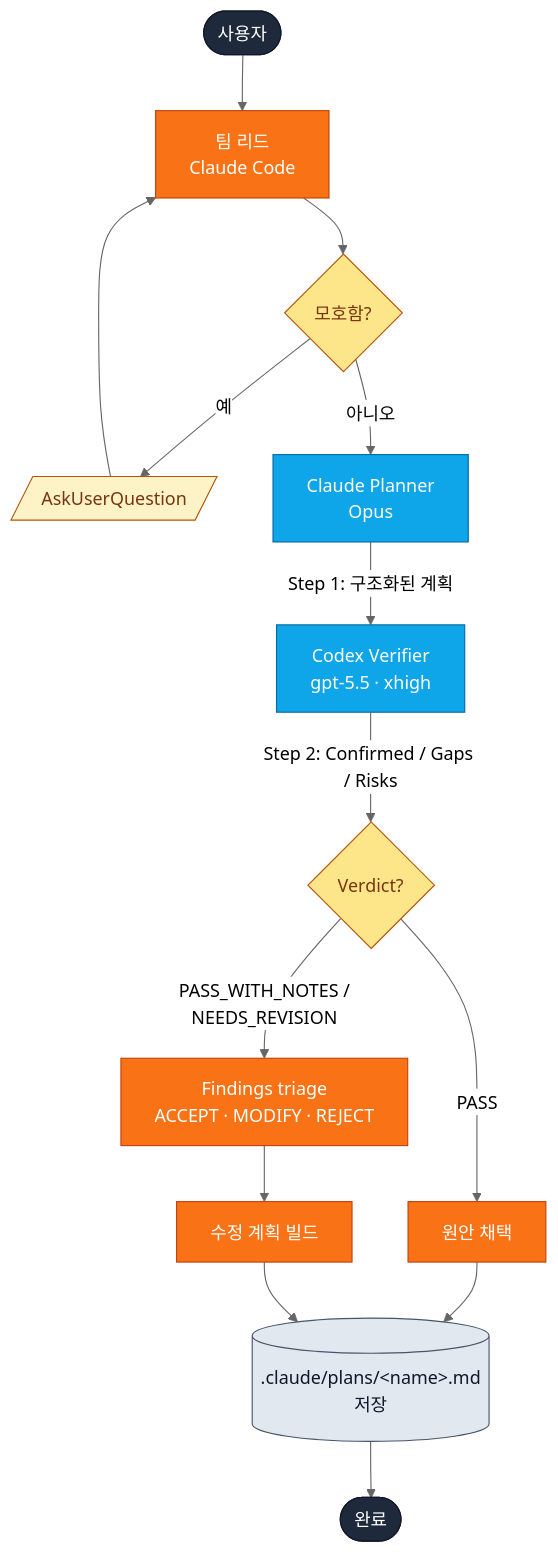
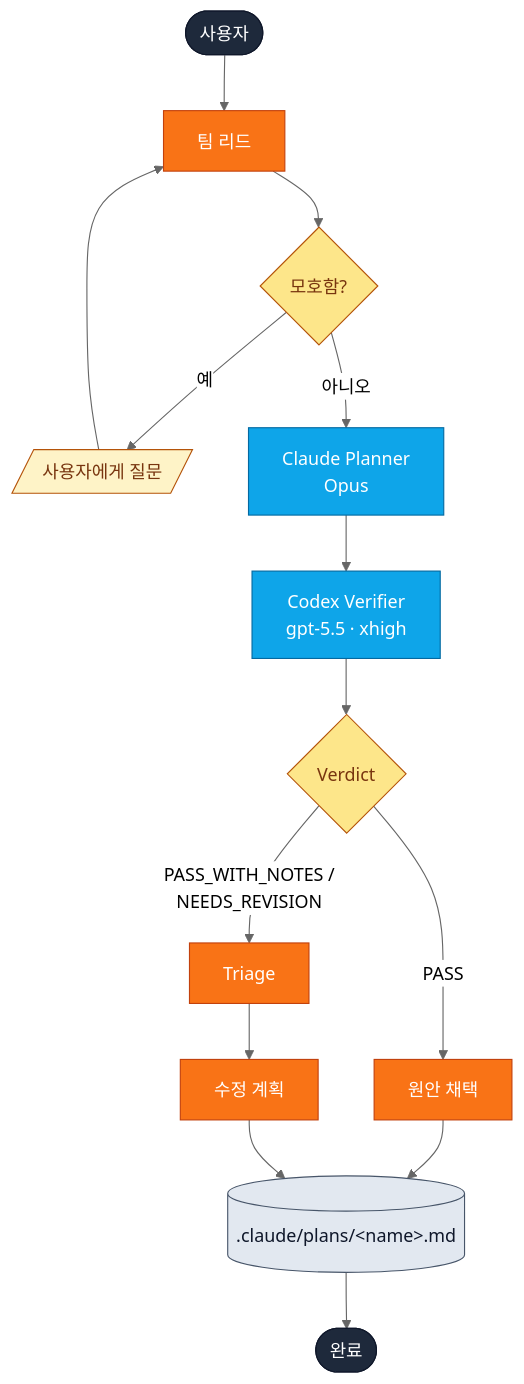
One commit to yunmango/yunmango-claude-plugins changed the first of 2 diagrams in docs/skills/plan-verify.ko.md. Above: the diagram before and after it, drawn with Mermaid (neutral theme). The commit also changed other lines of this file and 9 other files, not shown here.

First line of the commit message:
docs(site): trim verbose explanations, keep diagrams + tables

````diff
--- a/docs/skills/plan-verify.ko.md
+++ b/docs/skills/plan-verify.ko.md
@@ -27,31 +19,21 @@
 ```mermaid
 flowchart TD
-    User([사용자]):::actor
-    Lead[팀 리드<br/>Claude Code]:::lead
-    Q{모호함?}:::decision
-    Ask[/AskUserQuestion/]:::io
-    CP[Claude Planner<br/>Opus]:::agent
-    CV[Codex Verifier<br/>gpt-5.5 · xhigh]:::agent
-    V{Verdict?}:::decision
-    Adopt[원안 채택]:::lead
-    Triage[Findings triage<br/>ACCEPT · MODIFY · REJECT]:::lead
-    Build[수정 계획 빌드]:::lead
-    Save[(.claude/plans/&lt;name&gt;.md<br/>저장)]:::store
-    Done([완료]):::actor
-
-    User --> Lead --> Q
-    Q -- 예 --> Ask --> Lead
-    Q -- 아니오 --> CP
-    CP -- "Step 1: 구조화된 계획" --> CV
-    CV -- "Step 2: Confirmed / Gaps / Risks" --> V
-    V -- PASS --> Adopt --> Save
-    V -- "PASS_WITH_NOTES /<br/>NEEDS_REVISION" --> Triage --> Build --> Save
-    Save --> Done
+    User([사용자]):::actor --> Lead[팀 리드]:::lead
+    Lead --> Q{모호함?}:::decision
+    Q -- 예 --> Ask[/사용자에게 질문/]:::io --> Lead
+    Q -- 아니오 --> CP[Claude Planner<br/>Opus]:::agent
+    CP --> CV[Codex Verifier<br/>gpt-5.5 · xhigh]:::agent
+    CV --> V{Verdict}:::decision
+    V -- PASS --> Adopt[원안 채택]:::lead
+    V -- "PASS_WITH_NOTES /<br/>NEEDS_REVISION" --> Triage[Triage]:::lead --> Build[수정 계획]:::lead
+    Adopt --> Save[(.claude/plans/&lt;name&gt;.md)]:::store
+    Build --> Save
+    Save --> Done([완료]):::actor
 
     classDef actor fill:#1e293b,color:#fff,stroke:#0f172a;
     classDef lead fill:#f97316,color:#fff,stroke:#c2410c;
     classDef agent fill:#0ea5e9,color:#fff,stroke:#0369a1;
     classDef decision fill:#fde68a,color:#78350f,stroke:#b45309;
     classDef io fill:#fef3c7,color:#78350f,stroke:#b45309;
     classDef store fill:#e2e8f0,color:#0f172a,stroke:#475569;
 ```
````
